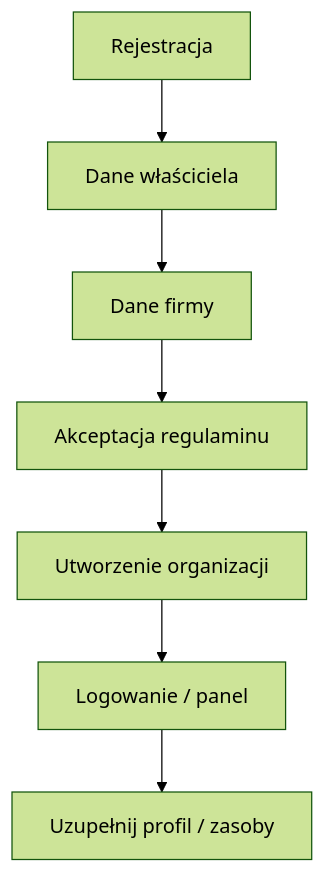
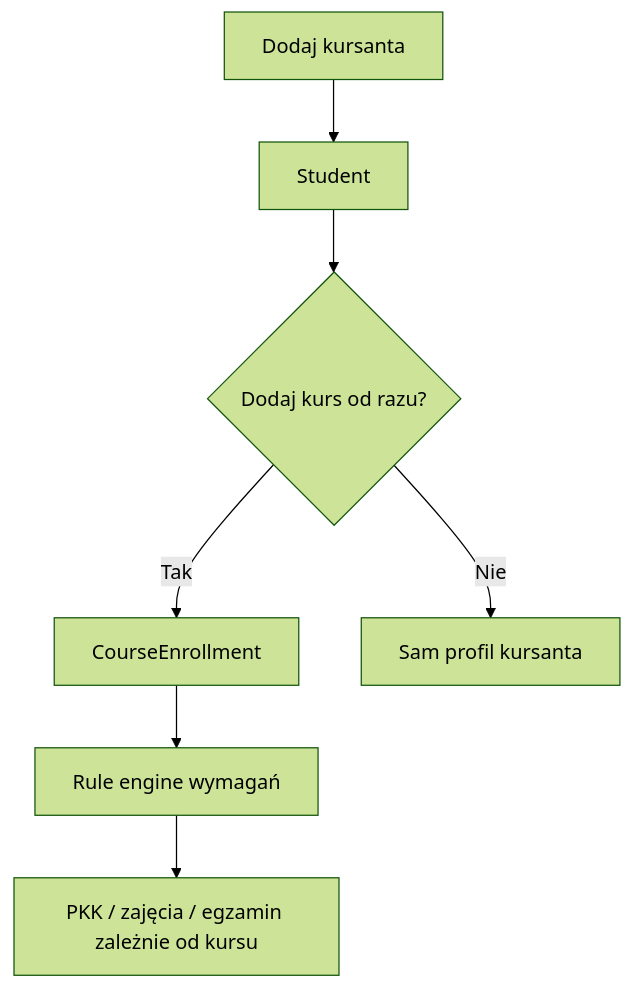
Before and after one commit to prawkonaraz100/osk-panel: the third of 9 diagrams in docs/03-user-flows.md, drawn with Mermaid (forest theme). The commit also changed other lines of this file, not shown here.

Commit message:
docs: align user flows with consolidated core lifecycle

````diff
--- a/docs/03-user-flows.md
+++ b/docs/03-user-flows.md
@@ -7,9 +43,9 @@
 ```mermaid
 flowchart TD
-A[Rejestracja] --> B[Dane właściciela]
-B --> C[Dane firmy]
-C --> D[Akceptacja regulaminu]
-D --> E[Utworzenie organizacji]
-E --> F[Logowanie / panel]
-F --> G[Uzupełnij profil / zasoby]
+A[Dodaj kursanta] --> B[Student]
+B --> C{Dodaj kurs od razu?}
+C -->|Tak| D[CourseEnrollment]
+C -->|Nie| E[Sam profil kursanta]
+D --> F[Rule engine wymagań]
+F --> G[PKK / zajęcia / egzamin zależnie od kursu]
 ```
````
